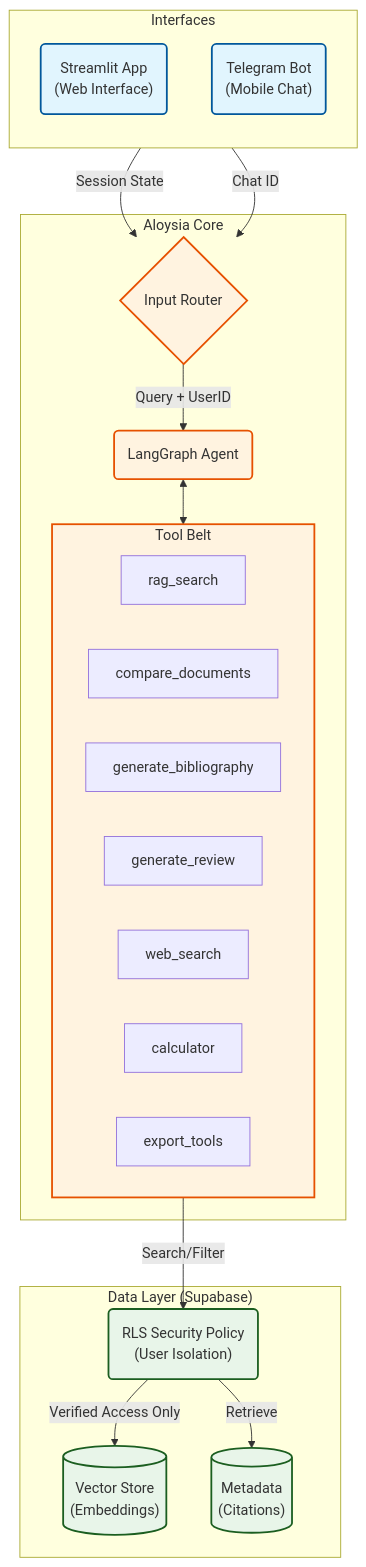
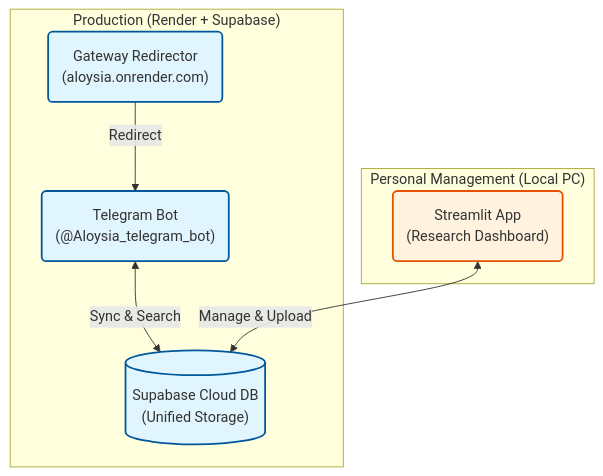
The diagram in README.md (Nago-01/aloysia), drawn with Mermaid before and after one commit. The commit also changed other lines of this file and 7 other files, not shown here.

````diff
--- a/README.md
+++ b/README.md
@@ -37,49 +35,24 @@
 ```mermaid
 graph TD
-    subgraph Interfaces["Interfaces"]
-        direction TB
-        UI("Streamlit App<br>(Web Interface)")
-        TG("Telegram Bot<br>(Mobile Chat)")
+    subgraph Cloud["Production (Render + Supabase)"]
+        GW("Gateway Redirector<br>(aloysia.onrender.com)")
+        TG("Telegram Bot<br>(@Aloysia_telegram_bot)")
+        DB[("Supabase Cloud DB<br>(Unified Storage)")]
     end
 
-    subgraph Backend["Aloysia Core"]
-        Router{"Input Router"}
-        Agent("LangGraph Agent")
-        
-        subgraph Tools["Tool Belt"]
-            T1[rag_search]
-            T2[compare_documents]
-            T3[generate_bibliography]
-            T4[generate_review]
-            T5[web_search]
-            T6[calculator]
-            T7[export_tools]
-        end
+    subgraph Local["Personal Management (Local PC)"]
+        UI("Streamlit App<br>(Research Dashboard)")
     end
 
-    subgraph Data["Data Layer (Supabase)"]
-        Auth("RLS Security Policy<br>(User Isolation)")
-        VectorDB[("Vector Store<br>(Embeddings)")]
-        Metastore[("Metadata<br>(Citations)")]
-    end
-
-    %% Flow Connections
-    UI -->|Session State| Router
-    TG -->|Chat ID| Router
-    
-    Router -->|Query + UserID| Agent
-    Agent <--> Tools
-    
-    Tools -->|Search/Filter| Auth
-    Auth -->|Verified Access Only| VectorDB
-    Auth -->|Retrieve| Metastore
+    %% Flow
+    GW -->|Redirect| TG
+    TG <-->|Sync & Search| DB
+    UI <-->|Manage & Upload| DB
 
     %% Styling
-    classDef interface fill:#e1f5fe,stroke:#01579b,stroke-width:2px;
-    classDef logic fill:#fff3e0,stroke:#e65100,stroke-width:2px;
-    classDef data fill:#e8f5e9,stroke:#1b5e20,stroke-width:2px;
+    classDef cloud fill:#e1f5fe,stroke:#01579b,stroke-width:2px;
+    classDef local fill:#fff3e0,stroke:#e65100,stroke-width:2px;
     
-    class UI,TG interface;
-    class Router,Agent,Tools logic;
-    class Auth,VectorDB,Metastore data;
+    class GW,TG,DB cloud;
+    class UI local;
 ```
````
